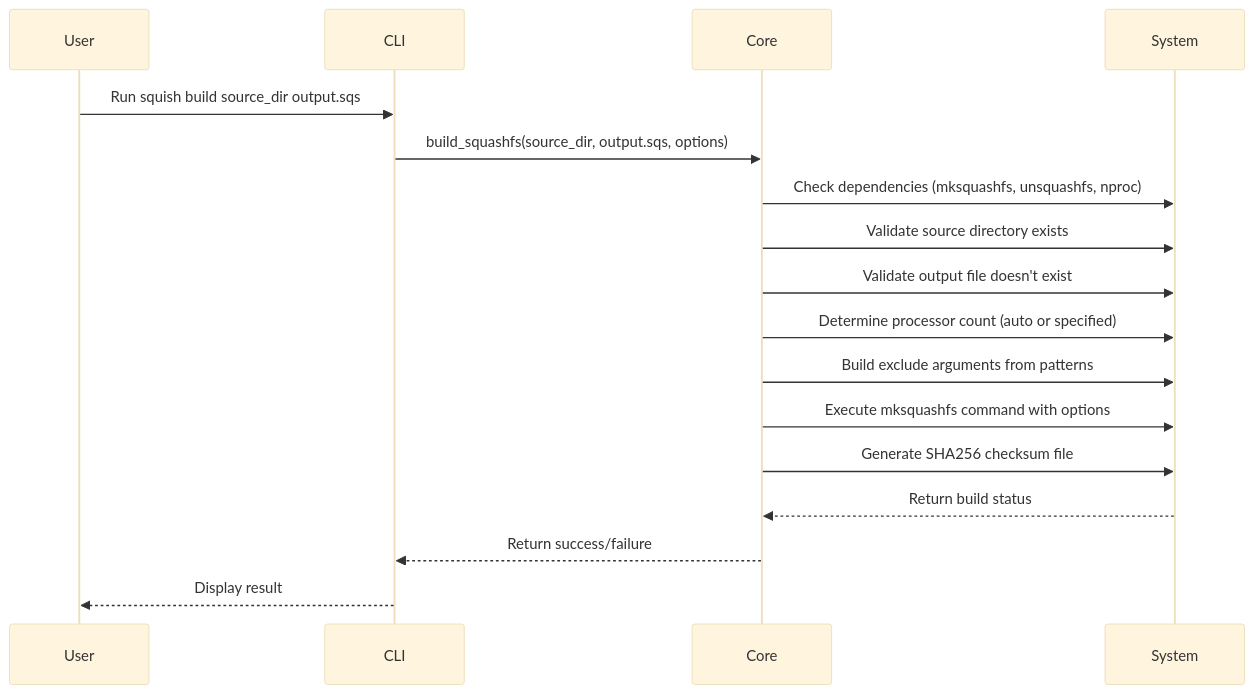
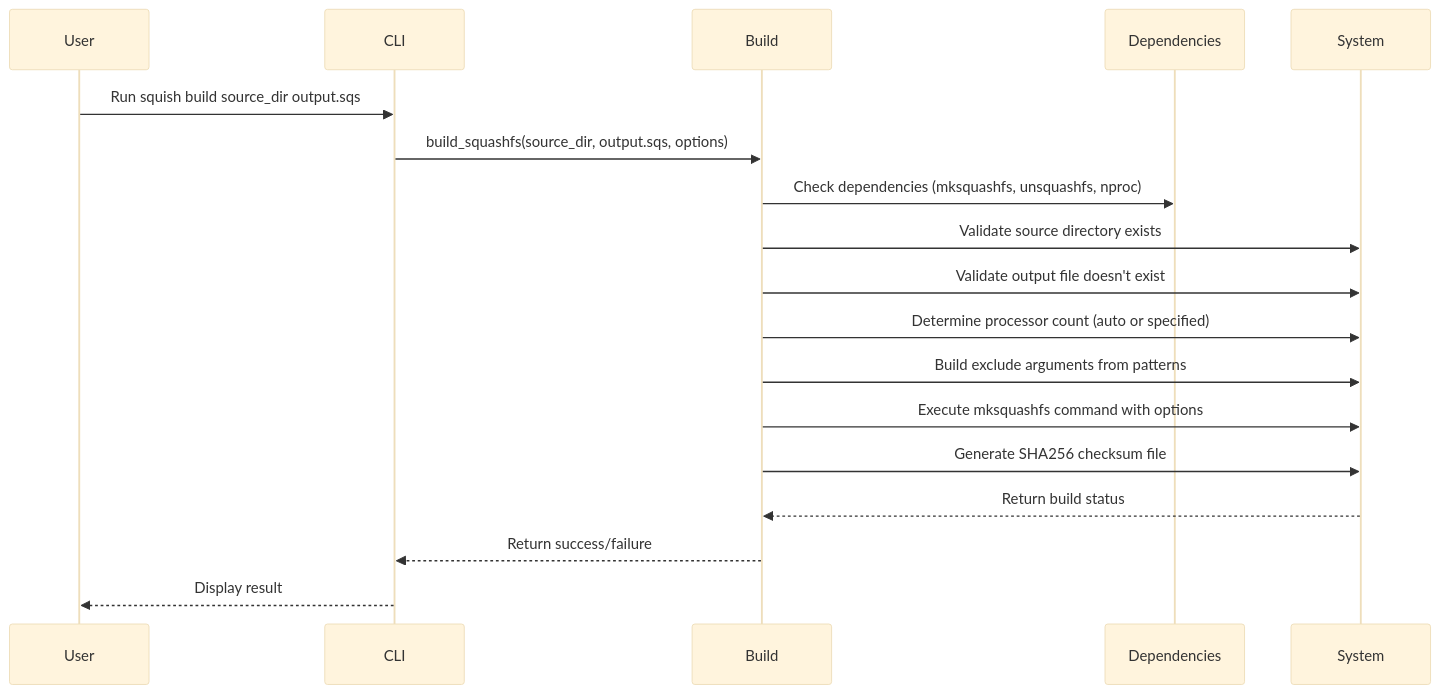
One commit to WombatFromHell/squashfs-archive-helper changed the fifth of 9 diagrams in DESIGN.md. Above: the diagram before and after it, drawn with Mermaid (base theme). The commit also changed other lines of this file and 26 other files, not shown here.

````diff
--- a/DESIGN.md
+++ b/DESIGN.md
@@ -239,20 +297,21 @@
 ```mermaid
 sequenceDiagram
     participant User
     participant CLI
-    participant Core
+    participant Build
+    participant Dependencies
     participant System
 
     User->>CLI: Run squish build source_dir output.sqs
-    CLI->>Core: build_squashfs(source_dir, output.sqs, options)
-    Core->>System: Check dependencies (mksquashfs, unsquashfs, nproc)
-    Core->>System: Validate source directory exists
-    Core->>System: Validate output file doesn't exist
-    Core->>System: Determine processor count (auto or specified)
-    Core->>System: Build exclude arguments from patterns
-    Core->>System: Execute mksquashfs command with options
-    Core->>System: Generate SHA256 checksum file
-    System-->>Core: Return build status
-    Core-->>CLI: Return success/failure
+    CLI->>Build: build_squashfs(source_dir, output.sqs, options)
+    Build->>Dependencies: Check dependencies (mksquashfs, unsquashfs, nproc)
+    Build->>System: Validate source directory exists
+    Build->>System: Validate output file doesn't exist
+    Build->>System: Determine processor count (auto or specified)
+    Build->>System: Build exclude arguments from patterns
+    Build->>System: Execute mksquashfs command with options
+    Build->>System: Generate SHA256 checksum file
+    System-->>Build: Return build status
+    Build-->>CLI: Return success/failure
     CLI-->>User: Display result
 ```
````
